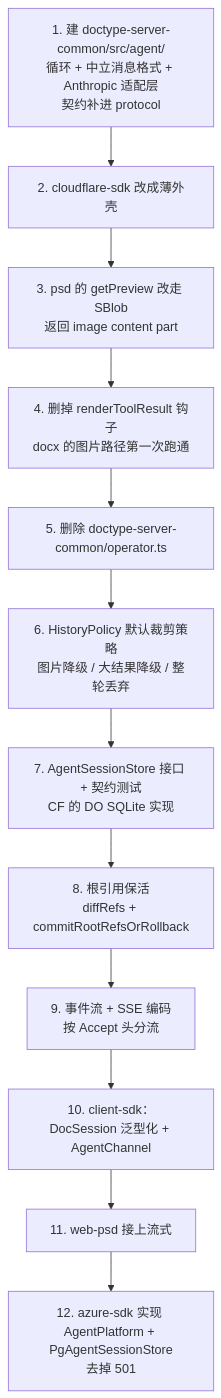
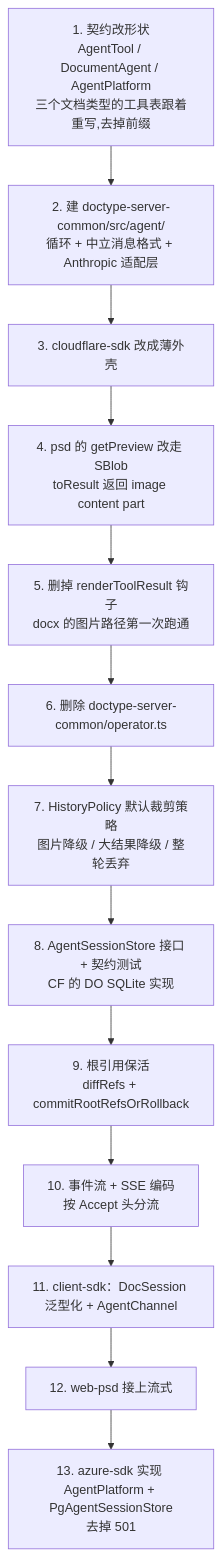
One commit to shazhou-ww/unidocs changed diagram 16 of 16 in docs/superpowers/specs/2026-08-26-agent-sdk-design.md. Above: the diagram before and after it, drawn with Mermaid. The commit also changed other lines of this file, not shown here.

First line of the commit message:
docs(agent-sdk): 去掉文档类型持有的平台句柄,工具改为纯数据 + 纯函数

````diff
--- a/docs/superpowers/specs/2026-08-26-agent-sdk-design.md
+++ b/docs/superpowers/specs/2026-08-26-agent-sdk-design.md
@@ -1385,14 +1487,15 @@
 ```mermaid
 flowchart TB
-    S1["1. 建 doctype-server-common/src/agent/<br/>循环 + 中立消息格式 + Anthropic 适配层<br/>契约补进 protocol"] --> S2["2. cloudflare-sdk 改成薄外壳"]
-    S2 --> S3["3. psd 的 getPreview 改走 SBlob<br/>返回 image content part"]
-    S3 --> S4["4. 删掉 renderToolResult 钩子<br/>docx 的图片路径第一次跑通"]
-    S4 --> S5["5. 删除 doctype-server-common/operator.ts"]
-    S5 --> S6["6. HistoryPolicy 默认裁剪策略<br/>图片降级 / 大结果降级 / 整轮丢弃"]
-    S6 --> S7["7. AgentSessionStore 接口 + 契约测试<br/>CF 的 DO SQLite 实现"]
-    S7 --> S8["8. 根引用保活<br/>diffRefs + commitRootRefsOrRollback"]
-    S8 --> S9["9. 事件流 + SSE 编码<br/>按 Accept 头分流"]
-    S9 --> S10["10. client-sdk：DocSession 泛型化 + AgentChannel"]
-    S10 --> S11["11. web-psd 接上流式"]
-    S11 --> S12["12. azure-sdk 实现 AgentPlatform + PgAgentSessionStore<br/>去掉 501"]
+    S1["1. 契约改形状<br/>AgentTool / DocumentAgent / AgentPlatform<br/>三个文档类型的工具表跟着重写,去掉前缀"] --> S2["2. 建 doctype-server-common/src/agent/<br/>循环 + 中立消息格式 + Anthropic 适配层"]
+    S2 --> S2b["3. cloudflare-sdk 改成薄外壳"]
+    S2b --> S3["4. psd 的 getPreview 改走 SBlob<br/>toResult 返回 image content part"]
+    S3 --> S4["5. 删掉 renderToolResult 钩子<br/>docx 的图片路径第一次跑通"]
+    S4 --> S5["6. 删除 doctype-server-common/operator.ts"]
+    S5 --> S6["7. HistoryPolicy 默认裁剪策略<br/>图片降级 / 大结果降级 / 整轮丢弃"]
+    S6 --> S7["8. AgentSessionStore 接口 + 契约测试<br/>CF 的 DO SQLite 实现"]
+    S7 --> S8["9. 根引用保活<br/>diffRefs + commitRootRefsOrRollback"]
+    S8 --> S9["10. 事件流 + SSE 编码<br/>按 Accept 头分流"]
+    S9 --> S10["11. client-sdk：DocSession 泛型化 + AgentChannel"]
+    S10 --> S11["12. web-psd 接上流式"]
+    S11 --> S12["13. azure-sdk 实现 AgentPlatform + PgAgentSessionStore<br/>去掉 501"]
 ```
````
